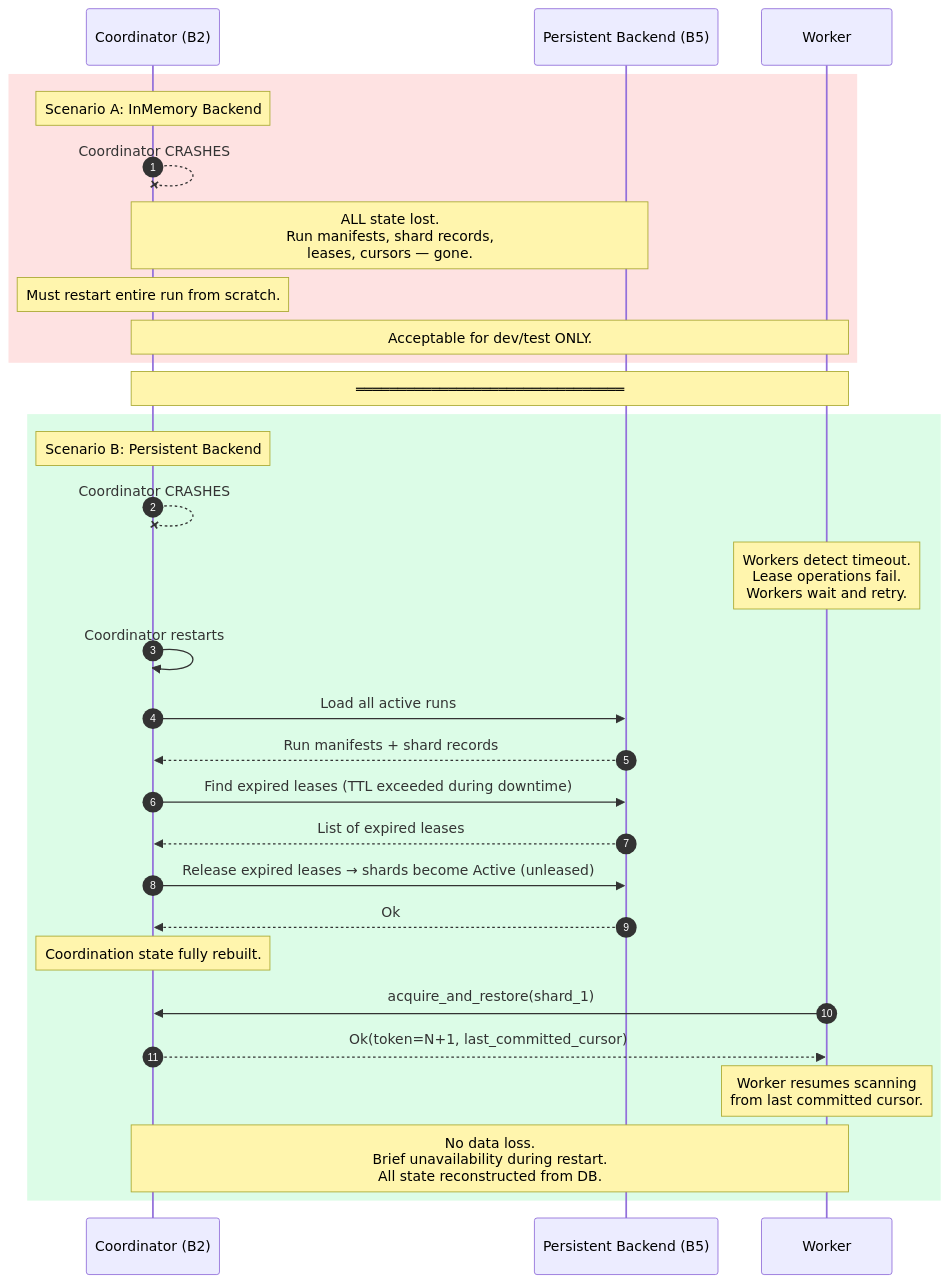
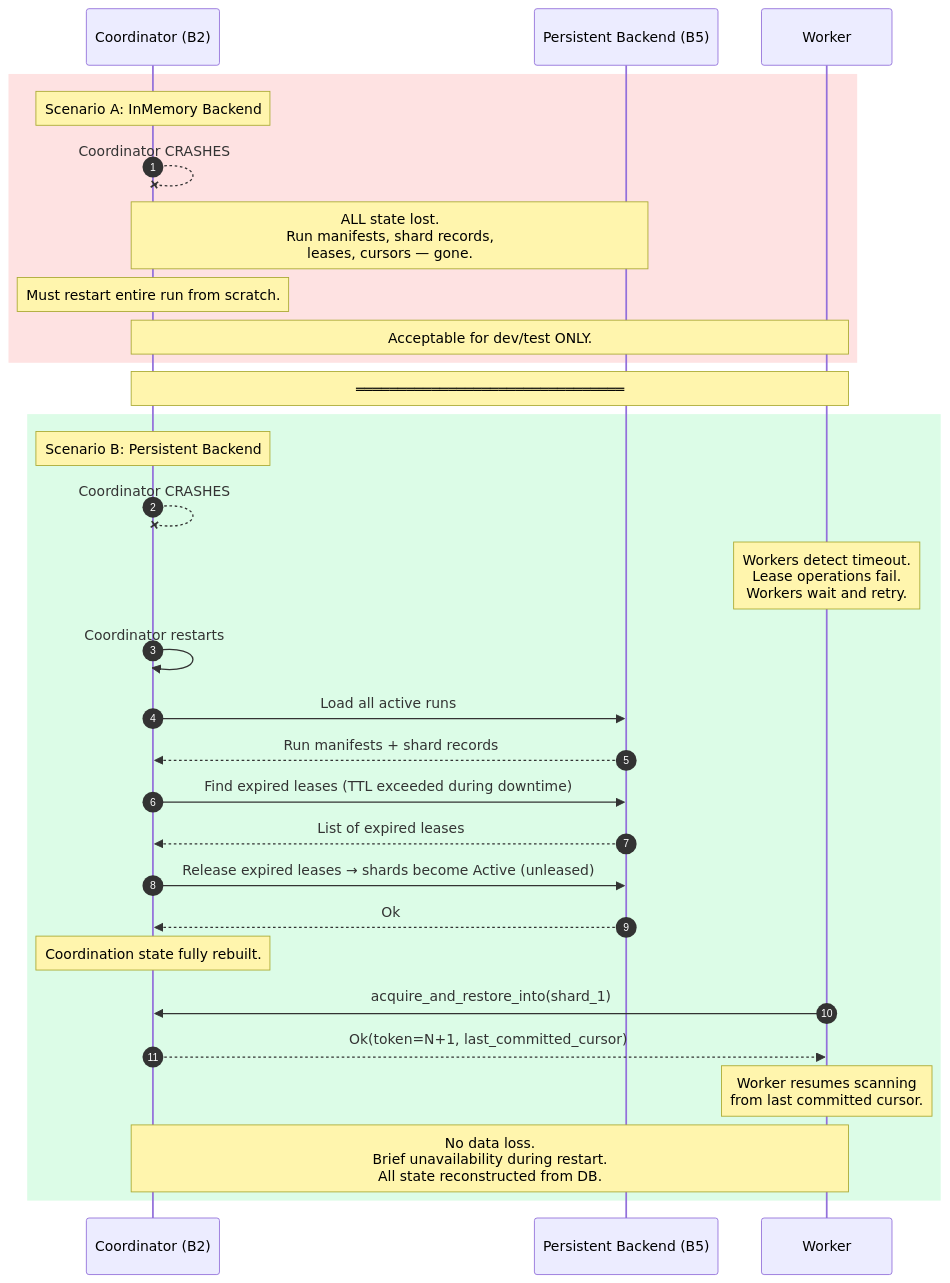
The second of 6 diagrams in diagrams/10-failure-modes-and-recovery.md (ahrav/Gossip-rs), drawn with Mermaid before and after one commit. The commit also changed other lines of this file and 29 other files, not shown here.

First line of the commit message:
Update diagram directory inventory and diagram counts

````diff
--- a/diagrams/10-failure-modes-and-recovery.md
+++ b/diagrams/10-failure-modes-and-recovery.md
@@ -130,45 +130,45 @@
 ```mermaid
 %% Diagram: coordinator-crash-recovery
 sequenceDiagram
     autonumber
     participant CO as Coordinator (B2)
     participant DB as Persistent Backend (B5)
     participant W as Worker
 
     rect rgb(254, 226, 226)
         Note over CO: Scenario A: InMemory Backend
         CO--xCO: Coordinator CRASHES
         Note over CO,DB: ALL state lost.<br/>Run manifests, shard records,<br/>leases, cursors — gone.
         Note over CO: Must restart entire run from scratch.
         Note over CO,W: Acceptable for dev/test ONLY.
     end
 
     Note over CO,W: ════════════════════════════════
 
     rect rgb(220, 252, 231)
         Note over CO: Scenario B: Persistent Backend
 
         CO--xCO: Coordinator CRASHES
 
         Note over W: Workers detect timeout.<br/>Lease operations fail.<br/>Workers wait and retry.
 
         CO->>CO: Coordinator restarts
         CO->>DB: Load all active runs
         DB-->>CO: Run manifests + shard records
 
         CO->>DB: Find expired leases (TTL exceeded during downtime)
         DB-->>CO: List of expired leases
 
         CO->>DB: Release expired leases → shards become Active (unleased)
         DB-->>CO: Ok
 
         Note over CO: Coordination state fully rebuilt.
 
-        W->>CO: acquire_and_restore(shard_1)
+        W->>CO: acquire_and_restore_into(shard_1)
         CO-->>W: Ok(token=N+1, last_committed_cursor)
 
         Note over W: Worker resumes scanning<br/>from last committed cursor.
 
         Note over CO,W: No data loss.<br/>Brief unavailability during restart.<br/>All state reconstructed from DB.
     end
 ```
````
